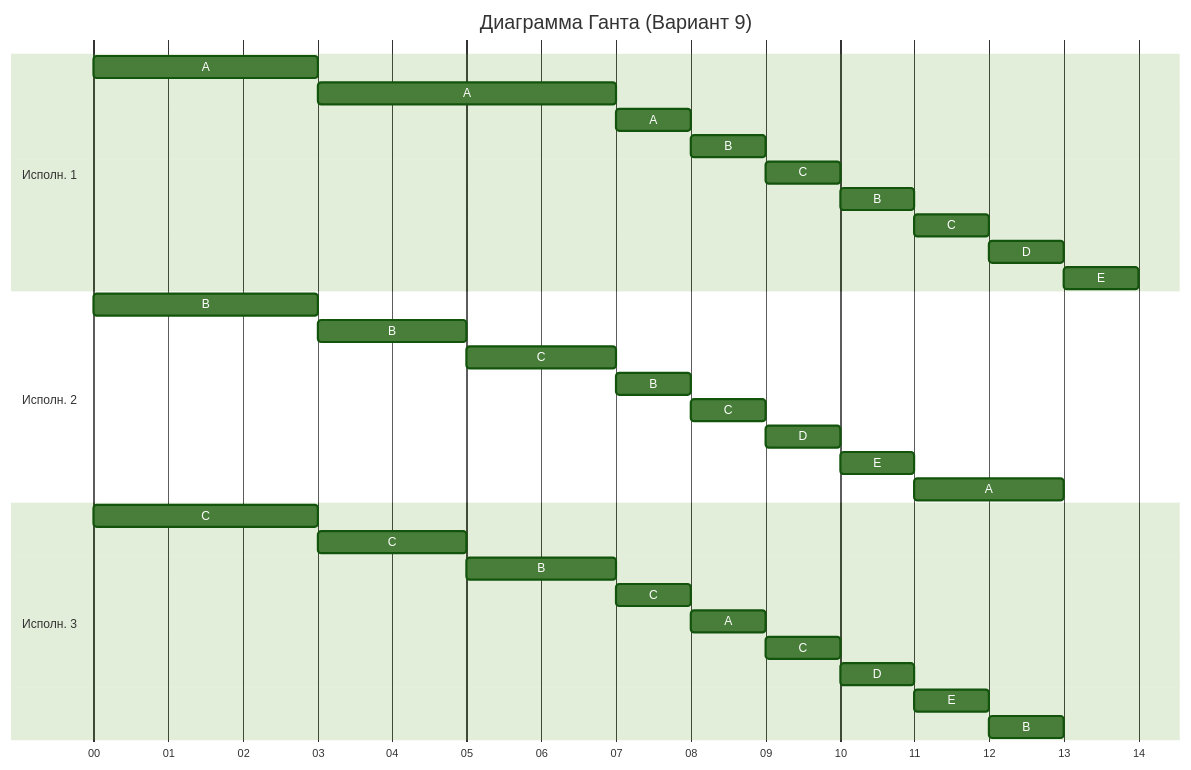
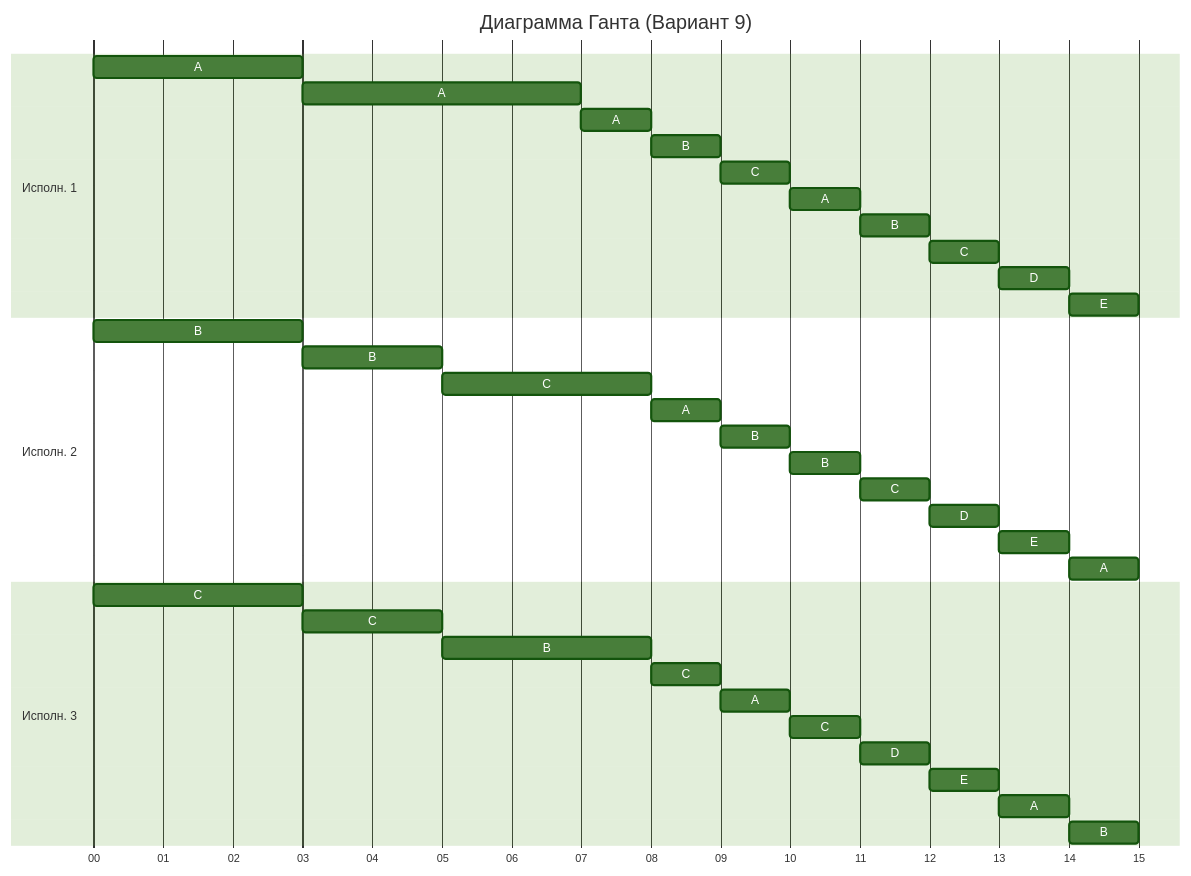
The diagram in Задание 5/slaaay.md (algos-ris-24-4/manual-tasks), drawn with Mermaid (forest theme) before and after one commit.

Commit message:
Исправленная Диаграмма Ганта

````diff
--- a/Задание 5/slaaay.md
+++ b/Задание 5/slaaay.md
@@ -241,39 +241,43 @@
 ```mermaid
 gantt
     title Диаграмма Ганта (Вариант 9)
     dateFormat  mm
     axisFormat %M
     tickInterval 1minute
 
     section Исполн. 1
     A : a11, 0, 3m
     A : a12, after a11, 4m
     A : a13, after a12, 1m
     B : b11, after a13, 1m
     C : c11, after b11, 1m
-    B : b12, after c11, 1m
+    A : a14, after c11, 1m
+    B : b12, after a14, 1m
     C : c12, after b12, 1m
     D : d11, after c12, 1m
     E : e11, after d11, 1m
 
     section Исполн. 2
     B : b21, 0, 3m
     B : b22, after b21, 2m
-    C : c21, after b22, 2m
-    B : b23, after c21, 1m
-    C : c22, after b23, 1m
+    C : c21, after b22, 3m
+    A : a21, after c21, 1m
+    B : b23, after a21, 1m
+    B : b24, after b23, 1m
+    C : c22, after b24, 1m
     D : d21, after c22, 1m
     E : e21, after d21, 1m
-    A : a21, after e21, 2m
+    A : a22, after e21, 1m
 
     section Исполн. 3
     C : c31, 0, 3m
     C : c32, after c31, 2m
-    B : b31, after c32, 2m
+    B : b31, after c32, 3m
     C : c33, after b31, 1m
     A : a31, after c33, 1m
     C : c34, after a31, 1m
     D : d31, after c34, 1m
     E : e31, after d31, 1m
-    B : b32, after e31, 1m
+    A : a32, after e31, 1m
+    B : b32, after a32, 1m
 ```
````
